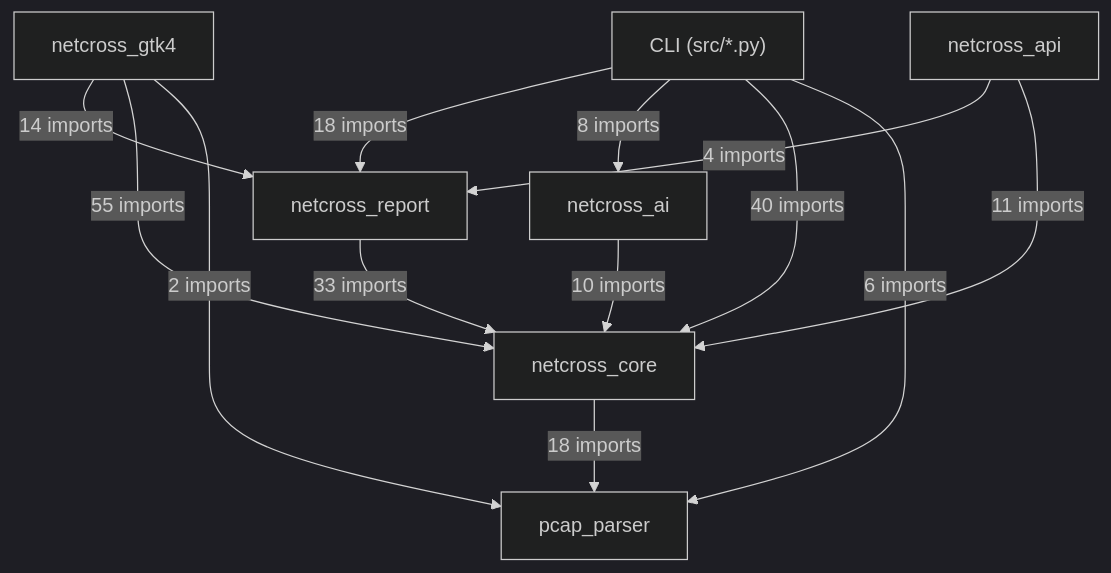
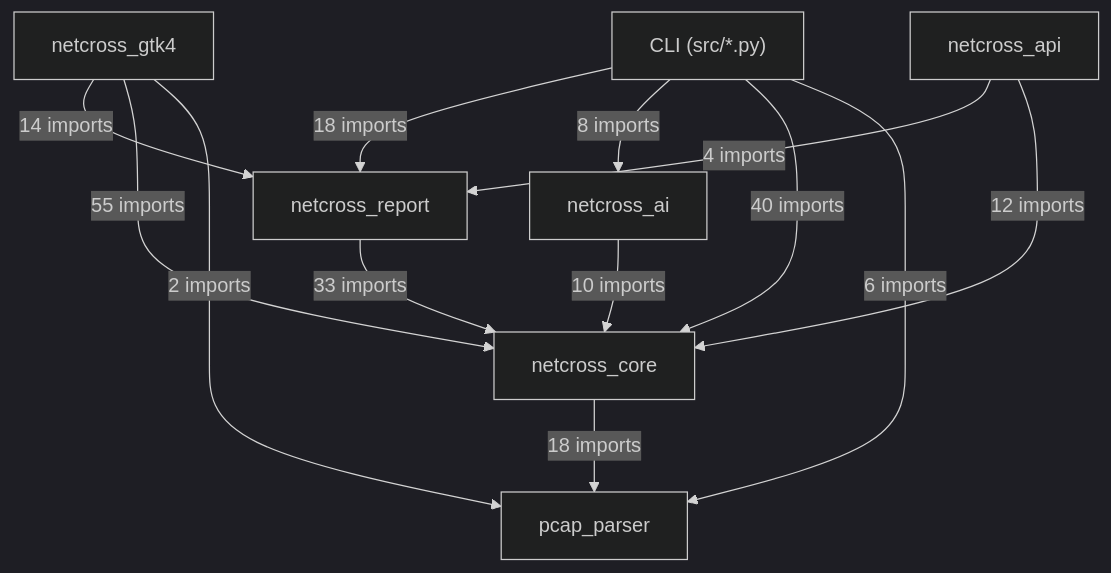
One commit to Mathide-Team/Netcross changed the first of 19 diagrams in docs/class-diagram.md. Above: the diagram before and after it, drawn with Mermaid (dark theme). The commit also changed other lines of this file and 2 other files, not shown here.

First line of the commit message:
chore: rebase sur dev + regenerate class-diagram + ruff format

````diff
--- a/docs/class-diagram.md
+++ b/docs/class-diagram.md
@@ -26,22 +26,22 @@
 ```mermaid
 flowchart TD
     CLI["CLI (src/*.py)"]
     netcross_gtk4["netcross_gtk4"]
     netcross_api["netcross_api"]
     netcross_report["netcross_report"]
     netcross_ai["netcross_ai"]
     netcross_core["netcross_core"]
     pcap_parser["pcap_parser"]
     CLI -->|"18 imports"| netcross_report
     CLI -->|"8 imports"| netcross_ai
     CLI -->|"40 imports"| netcross_core
     CLI -->|"6 imports"| pcap_parser
     netcross_gtk4 -->|"14 imports"| netcross_report
     netcross_gtk4 -->|"55 imports"| netcross_core
     netcross_gtk4 -->|"2 imports"| pcap_parser
     netcross_api -->|"4 imports"| netcross_report
-    netcross_api -->|"11 imports"| netcross_core
+    netcross_api -->|"12 imports"| netcross_core
     netcross_report -->|"33 imports"| netcross_core
     netcross_ai -->|"10 imports"| netcross_core
     netcross_core -->|"18 imports"| pcap_parser
 ```
````
